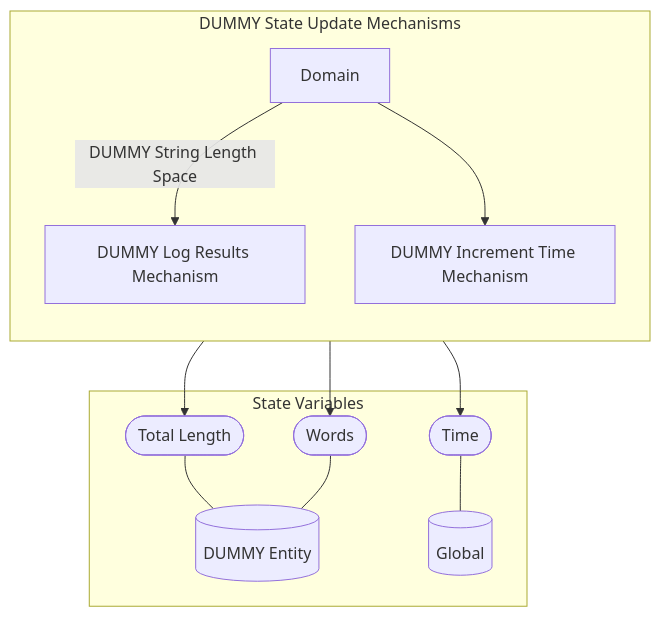
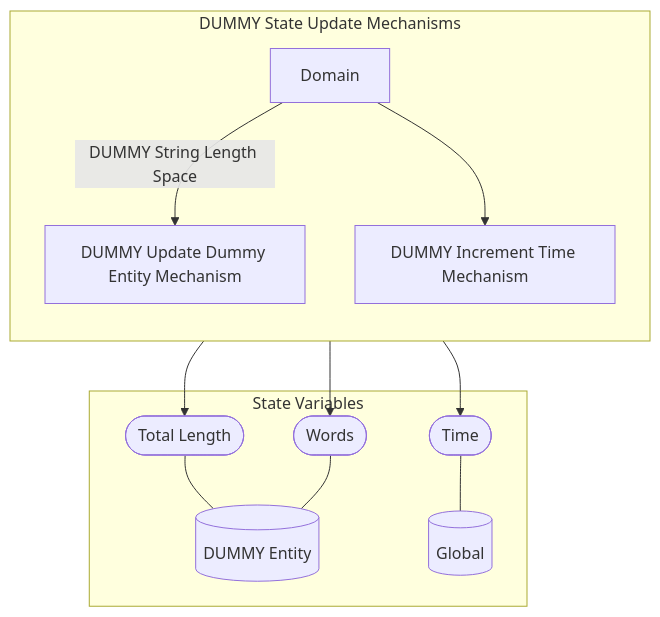
Before and after one commit to BlockScience/MSML-Template: the diagram in reports/obsidian/Wiring/DUMMY State Update Mechanisms.md, drawn with Mermaid. The commit also changed other lines of this file and 16 other files, not shown here.

````diff
--- a/reports/obsidian/Wiring/DUMMY State Update Mechanisms.md
+++ b/reports/obsidian/Wiring/DUMMY State Update Mechanisms.md
@@ -3,29 +3,29 @@
 ```mermaid
 graph TB
 
 subgraph SVS["State Variables"]
 EE0[("DUMMY Entity")]
 EE1[("Global")]
 EES0(["Total Length"])
 EES0 --- EE0
 EES1(["Words"])
 EES1 --- EE0
 EES2(["Time"])
 EES2 --- EE1
 end
 
 subgraph X5["DUMMY State Update Mechanisms"]
 direction TB
-X1["DUMMY Log Results Mechanism"]
+X1["DUMMY Update Dummy Entity Mechanism"]
 X1 --> EES1
 X1 --> EES0
 X2["DUMMY Increment Time Mechanism"]
 X2 --> EES2
 X3[Domain]
 
 direction LR
 direction TB
 X3 --"DUMMY String Length Space"--> X1
 X3 --> X2
 end
 ```
````
